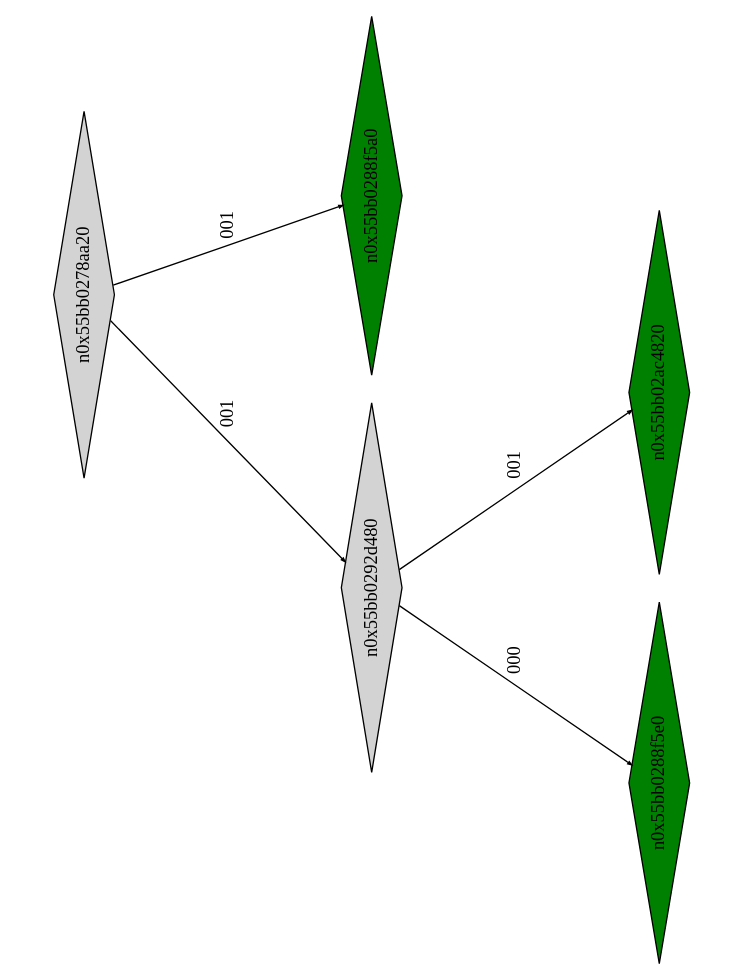
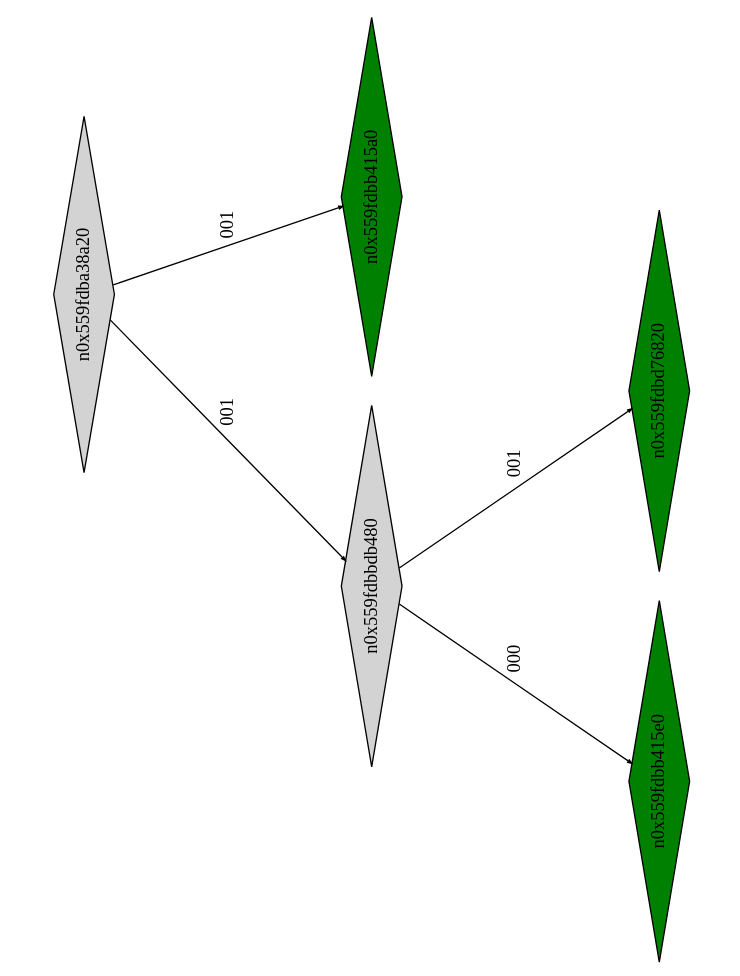
The diagram in example1_klee_out/ptree_00000227.dot (Research-Tools-PAVT/PSE-Program-Examples), drawn with Graphviz before and after one commit. The commit also changed 14 other files, not shown here.

```diff
--- a/example1_klee_out/ptree_00000227.dot
+++ b/example1_klee_out/ptree_00000227.dot
@@ -1,17 +1,17 @@
 digraph G {
 	size="10,7.5";
 	ratio=fill;
 	rotate=90;
 	center = "true";
 	node [style="filled",width=.1,height=.1,fontname="Terminus"]
 	edge [arrowsize=.3]
-	n0x55bb0278aa20 [shape=diamond];
-	n0x55bb0278aa20 -> n0x55bb0292d480 [label=001];
-	n0x55bb0278aa20 -> n0x55bb0288f5a0 [label=001];
-	n0x55bb0288f5a0 [shape=diamond,fillcolor=green];
-	n0x55bb0292d480 [shape=diamond];
-	n0x55bb0292d480 -> n0x55bb0288f5e0 [label=000];
-	n0x55bb0292d480 -> n0x55bb02ac4820 [label=001];
-	n0x55bb02ac4820 [shape=diamond,fillcolor=green];
-	n0x55bb0288f5e0 [shape=diamond,fillcolor=green];
+	n0x559fdba38a20 [shape=diamond];
+	n0x559fdba38a20 -> n0x559fdbbdb480 [label=001];
+	n0x559fdba38a20 -> n0x559fdbb415a0 [label=001];
+	n0x559fdbb415a0 [shape=diamond,fillcolor=green];
+	n0x559fdbbdb480 [shape=diamond];
+	n0x559fdbbdb480 -> n0x559fdbb415e0 [label=000];
+	n0x559fdbbdb480 -> n0x559fdbd76820 [label=001];
+	n0x559fdbd76820 [shape=diamond,fillcolor=green];
+	n0x559fdbb415e0 [shape=diamond,fillcolor=green];
 }
```
